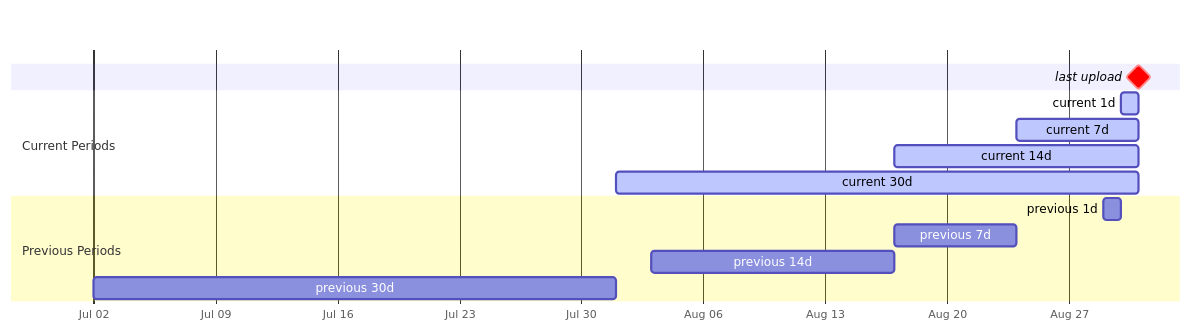
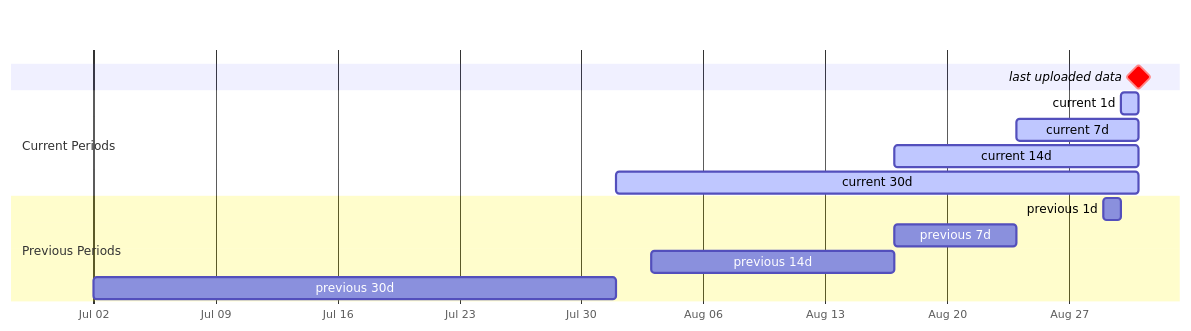
The third of 3 diagrams in docs/summary-data.md (tidepool-org/TidepoolApi), drawn with Mermaid before and after one commit. The commit also changed other lines of this file, not shown here.

````diff
--- a/docs/summary-data.md
+++ b/docs/summary-data.md
@@ -73,18 +75,18 @@
 ```mermaid
 gantt
    dateFormat YYYY-MM-DD
    axisFormat %b %d
    todayMarker off
    tickInterval 1week
-   last upload     :crit, milestone, 2023-08-31, 0d
+   last uploaded data :crit, milestone, 2023-08-31, 0d
    section Current Periods
       current 1d   :active, 2023-08-30, 1d
       current 7d   :active, 2023-08-24, 7d
       current 14d  :active, 2023-08-17, 14d
       current 30d  :active, 2023-08-01, 30d
    section Previous Periods
       previous 1d  :2023-08-29, 1d
       previous 7d  :2023-08-17, 7d
       previous 14d :2023-08-03, 14d
       previous 30d :2023-07-02, 30d
 ```
````
